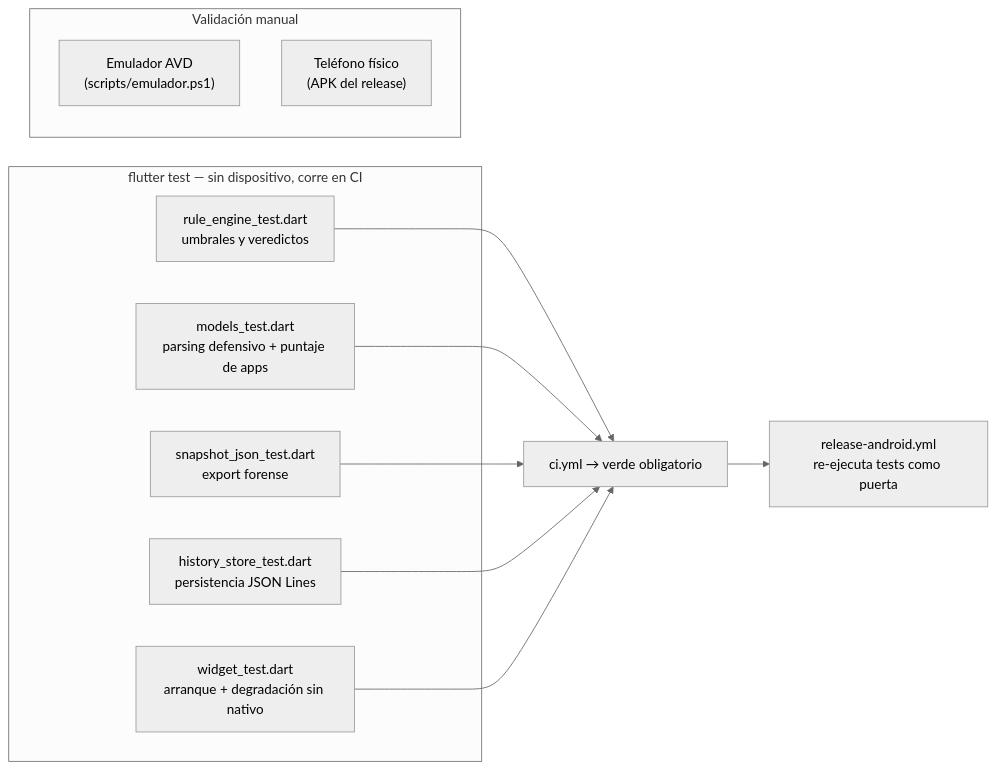
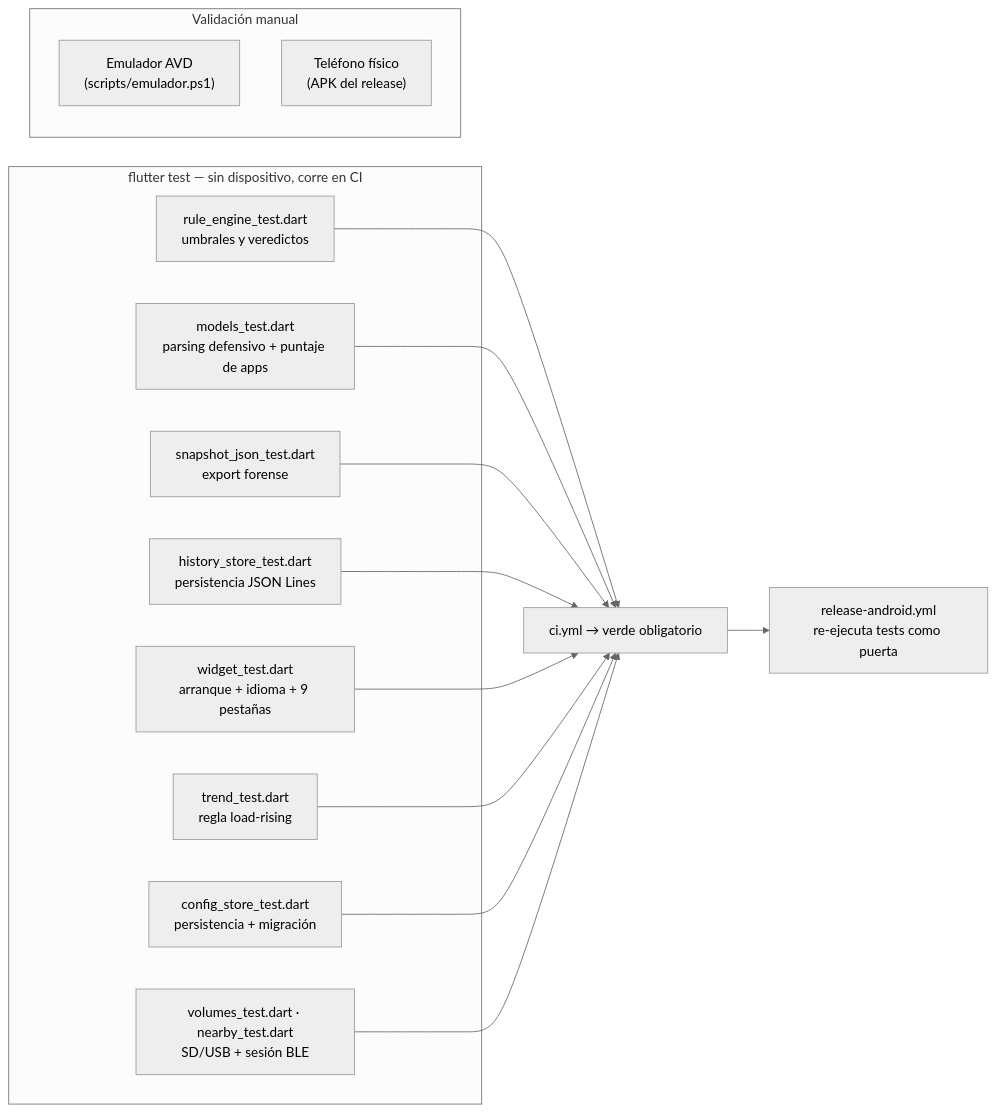
Before and after one commit to vladimiracunadev-create/rootcause-mobile-inspector: the diagram in docs/TESTING.md, drawn with Mermaid (neutral theme). The commit also changed other lines of this file and 49 other files, not shown here.

````diff
--- a/docs/TESTING.md
+++ b/docs/TESTING.md
@@ -5,16 +5,19 @@
 ```mermaid
 flowchart LR
     subgraph JVM["flutter test — sin dispositivo, corre en CI"]
         T1["rule_engine_test.dart<br/>umbrales y veredictos"]
         T2["models_test.dart<br/>parsing defensivo + puntaje de apps"]
         T3["snapshot_json_test.dart<br/>export forense"]
         T4["history_store_test.dart<br/>persistencia JSON Lines"]
-        T5["widget_test.dart<br/>arranque + degradación sin nativo"]
+        T5["widget_test.dart<br/>arranque + idioma + 9 pestañas"]
+        T6["trend_test.dart<br/>regla load-rising"]
+        T7["config_store_test.dart<br/>persistencia + migración"]
+        T8["volumes_test.dart · nearby_test.dart<br/>SD/USB + sesión BLE"]
     end
     subgraph MANUAL["Validación manual"]
         E["Emulador AVD<br/>(scripts/emulador.ps1)"]
         F["Teléfono físico<br/>(APK del release)"]
     end
-    T1 & T2 & T3 & T4 & T5 --> CI["ci.yml → verde obligatorio"]
+    T1 & T2 & T3 & T4 & T5 & T6 & T7 & T8 --> CI["ci.yml → verde obligatorio"]
     CI --> REL["release-android.yml<br/>re-ejecuta tests como puerta"]
 ```
````
